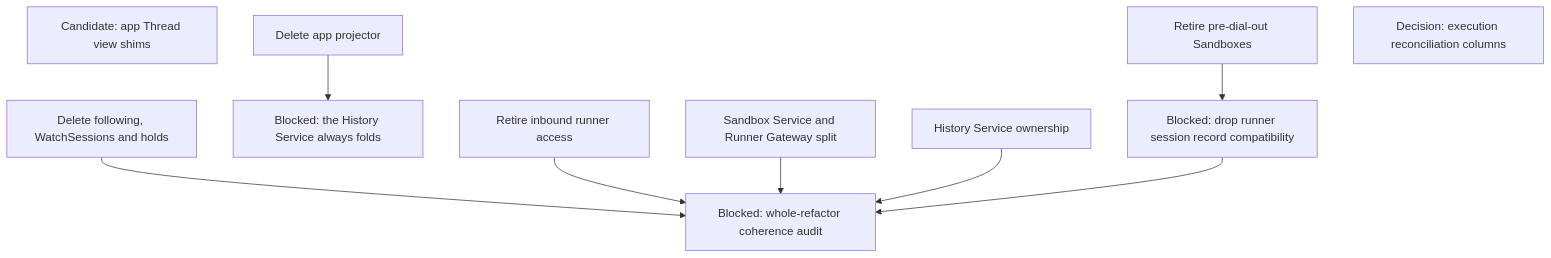
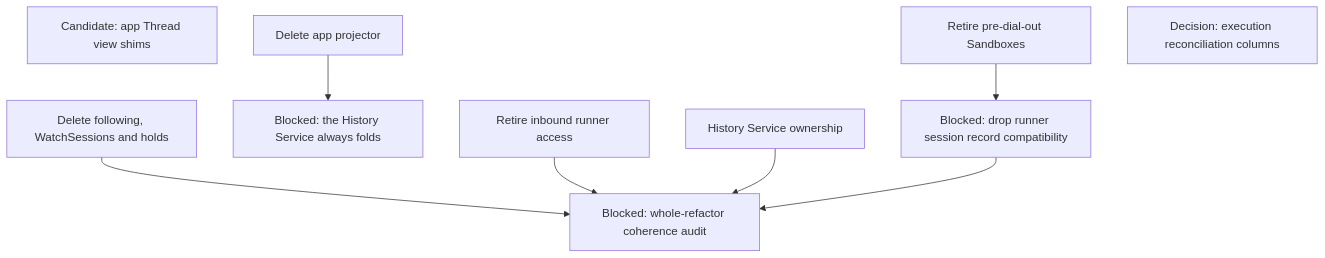
One commit to agentydragon-agent/ducktape changed diagram 11 of 12 in agentplane/plans/task_dag.md. Above: the diagram before and after it, drawn with Mermaid. The commit also changed other lines of this file and 39 other files, not shown here.

````diff
--- a/agentplane/plans/task_dag.md
+++ b/agentplane/plans/task_dag.md
@@ -815,16 +815,15 @@
 ```mermaid
 flowchart TD
     APP_THREAD_VIEW_CLEANUP[Candidate: app Thread view shims]
     RUNNER_SESSION_RECORD_SHIMS[Blocked: drop runner session record compatibility]
     LEGACY_SANDBOX_RETIRE[Retire pre-dial-out Sandboxes]
     LEGACY_SANDBOX_RETIRE --> RUNNER_SESSION_RECORD_SHIMS
     HISTORY_FOLD_ALWAYS_ON[Blocked: the History Service always folds]
     APP_PROJECTOR_RETIRE[Delete app projector] --> HISTORY_FOLD_ALWAYS_ON
     ACTION_EXECUTION_AUDIT_TRIM[Decision: execution reconciliation columns]
     REFACTOR_COHERENCE_AUDIT[Blocked: whole-refactor coherence audit]
     FOLLOW_PATH_RETIRE[Delete following, WatchSessions and holds] --> REFACTOR_COHERENCE_AUDIT
     RUNNER_INBOUND_RETIRE[Retire inbound runner access] --> REFACTOR_COHERENCE_AUDIT
-    SANDBOX_SERVICE_DEPLOYMENT_SPLIT[Sandbox Service and Runner Gateway split] --> REFACTOR_COHERENCE_AUDIT
     HISTORY_SERVICE_OWNERSHIP[History Service ownership] --> REFACTOR_COHERENCE_AUDIT
     RUNNER_SESSION_RECORD_SHIMS --> REFACTOR_COHERENCE_AUDIT
 ```
````
